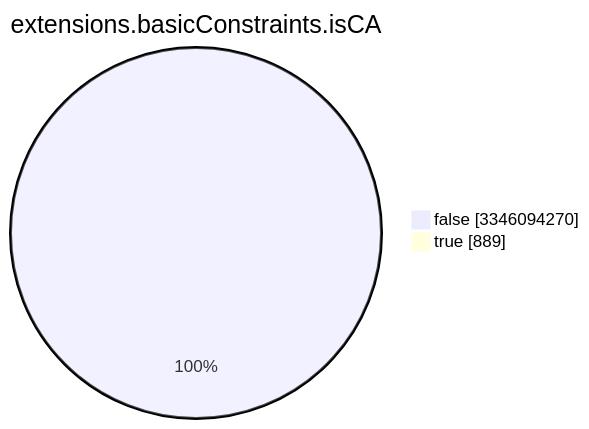
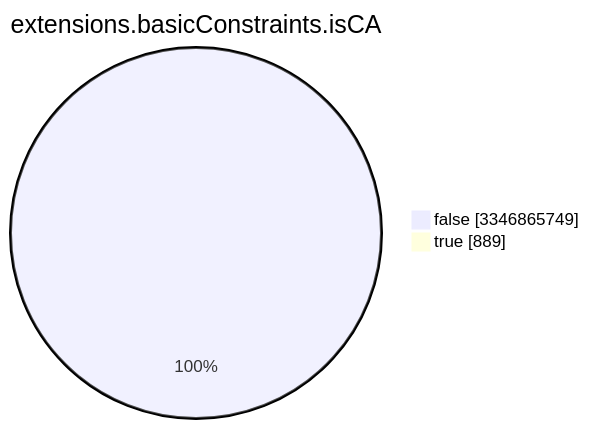
Before and after one commit to christiankrug/ctmonitor_visualization: the seventh of 15 diagrams in TOTAL/README.md, drawn with Mermaid. The commit also changed other lines of this file, not shown here.

````diff
--- a/TOTAL/README.md
+++ b/TOTAL/README.md
@@ -3089,6 +3089,6 @@
 ```mermaid
 pie showData
 title extensions.basicConstraints.isCA
-"false" :3346094270
+"false" :3346865749
 "true" :889
 ```
````
